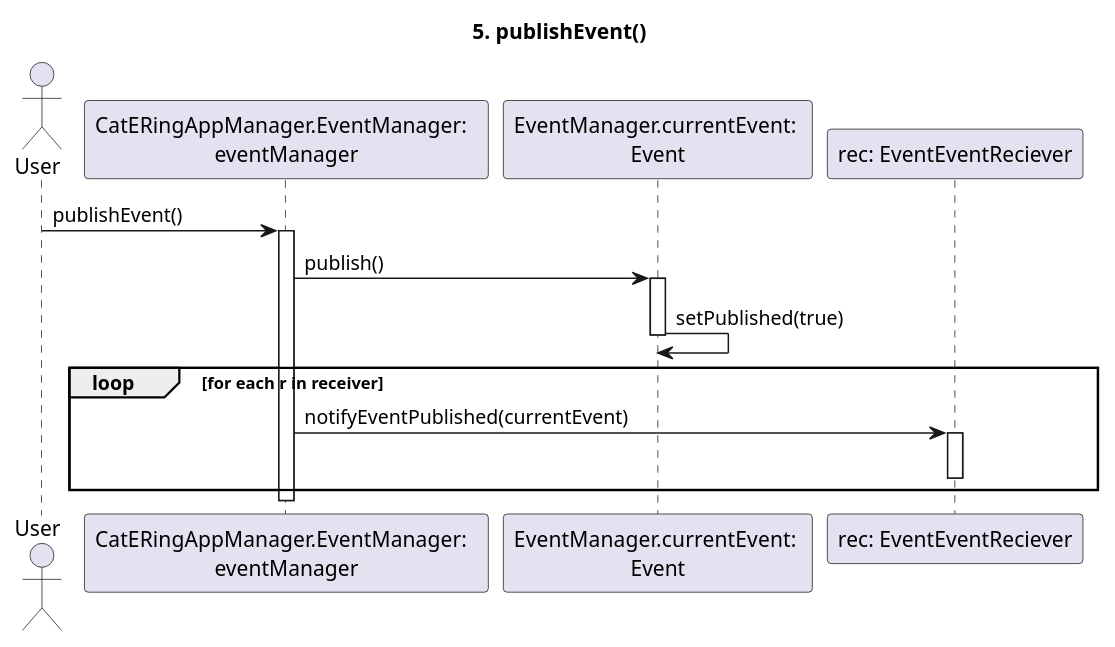
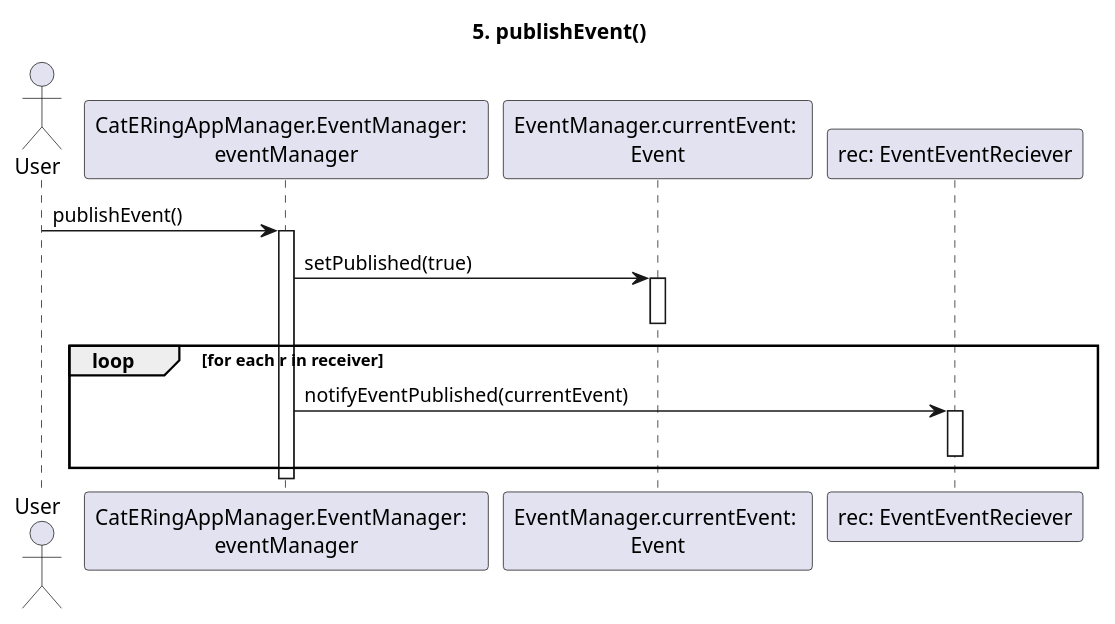
One commit to m0canu1/sas changed the diagram in dsd/dsd-eventi/scenarioPrincipale/5-publishEvent.md. Above: the diagram before and after it, drawn with PlantUML. The commit also changed 7 other files, not shown here.

````diff
--- a/dsd/dsd-eventi/scenarioPrincipale/5-publishEvent.md
+++ b/dsd/dsd-eventi/scenarioPrincipale/5-publishEvent.md
@@ -1,32 +1,30 @@
 ```plantuml
 title 5. publishEvent()
 Actor User
 Participant "CatERingAppManager.EventManager:  \neventManager" as EM
 Participant "EventManager.currentEvent: \nEvent" as CE
 Participant "rec: EventEventReciever" as EER
 User -> EM : publishEvent()
 Activate EM
 
 
-    EM -> CE: publish()
+    EM -> CE: setPublished(true)
     activate CE
-   
-    CE -> CE: setPublished(true)
     deactivate CE    
    
     loop for each r in receiver
         EM -> EER: notifyEventPublished(currentEvent)
         Activate EER
         Deactivate EER
     end
 
 Deactivate EM
 
 
 
 
 
 
 
 
 ```
````
